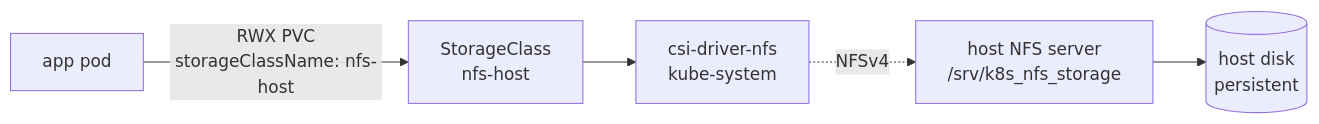
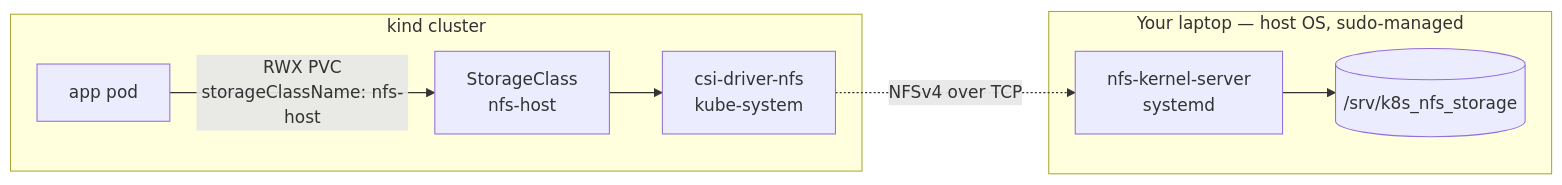
One commit to AndriyKalashnykov/kind-cluster changed the third of 4 diagrams in README.md. Above: the diagram before and after it, drawn with Mermaid. The commit also changed other lines of this file, not shown here.

First line of the commit message:
docs: clarify NFS Option 2 host-vs-cluster boundary

````diff
--- a/README.md
+++ b/README.md
@@ -151,7 +158,13 @@
 ```mermaid
 flowchart LR
-    A[app pod] -->|RWX PVC<br/>storageClassName: nfs-host| SC[StorageClass<br/>nfs-host]
-    SC --> CSI[csi-driver-nfs<br/>kube-system]
-    CSI -.NFSv4.-> HOST[host NFS server<br/>/srv/k8s_nfs_storage]
-    HOST --> DISK[(host disk<br/>persistent)]
+    subgraph cluster[kind cluster]
+        A[app pod] -->|RWX PVC<br/>storageClassName: nfs-host| SC[StorageClass<br/>nfs-host]
+        SC --> CSI[csi-driver-nfs<br/>kube-system]
+    end
+    subgraph host[Your laptop — host OS, sudo-managed]
+        NFS[nfs-kernel-server<br/>systemd]
+        DISK[("/srv/k8s_nfs_storage")]
+    end
+    CSI -.NFSv4 over TCP.-> NFS
+    NFS --> DISK
 ```
````
